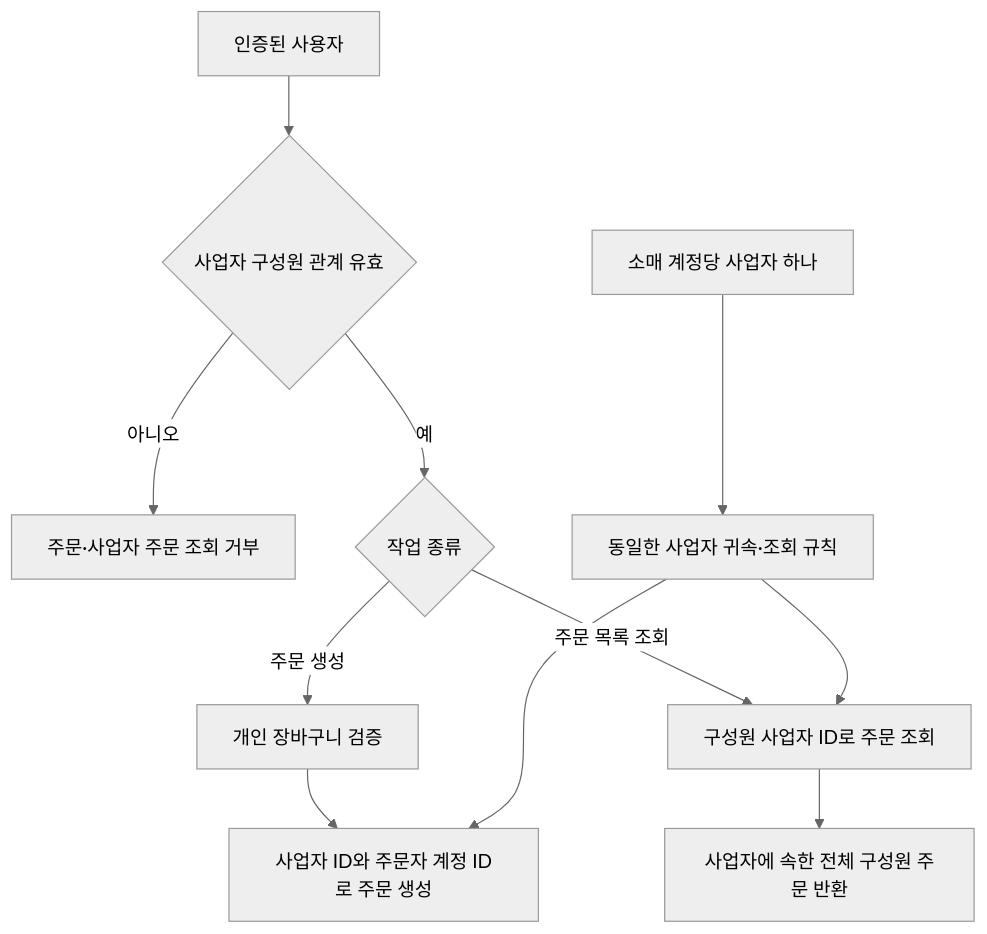
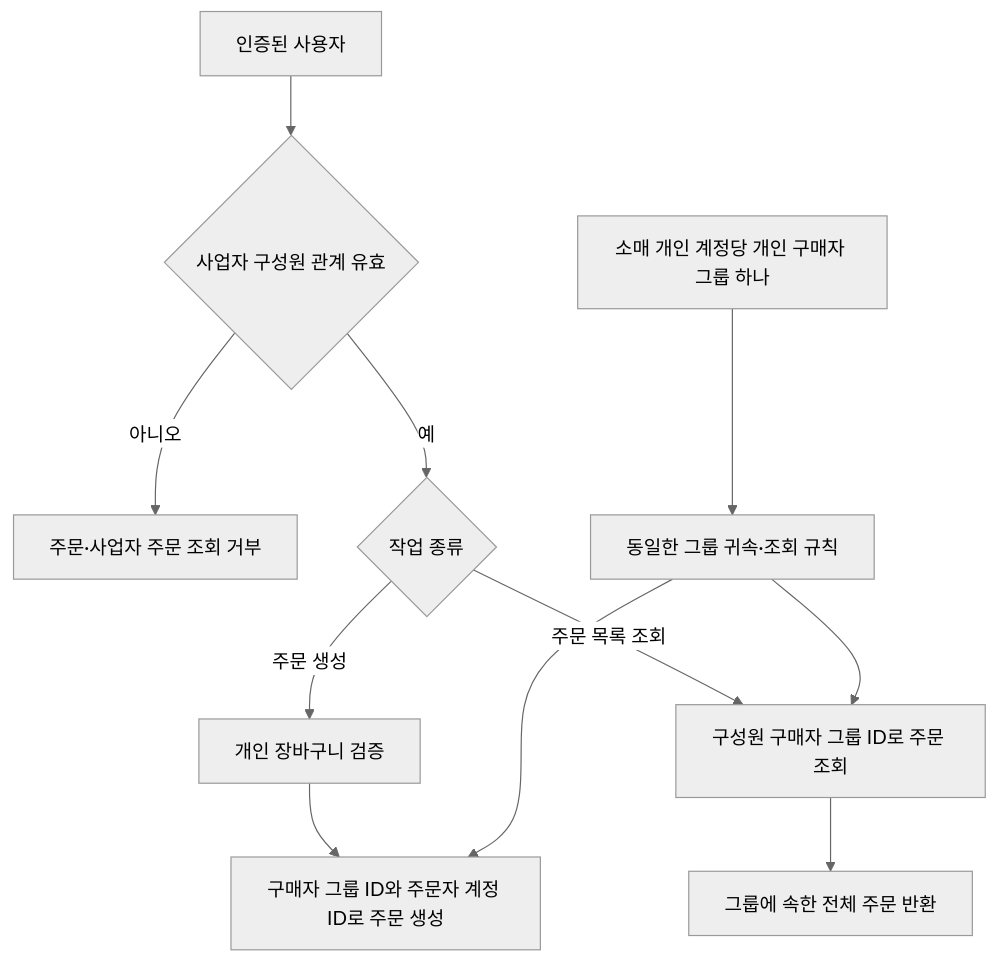
Before and after one commit to DongHyeonEom/umji-market-api: the third of 3 diagrams in docs/services/order.md, drawn with Mermaid (neutral theme). The commit also changed other lines of this file and 2 other files, not shown here.

Commit message:
docs: model unregistered wholesale buyer groups

````diff
--- a/docs/services/order.md
+++ b/docs/services/order.md
@@ -177,13 +178,13 @@
 ```mermaid
 flowchart TD
     USER[인증된 사용자] --> MEMBER{사업자 구성원 관계 유효}
     MEMBER -- 아니오 --> DENY[주문·사업자 주문 조회 거부]
     MEMBER -- 예 --> ACTION{작업 종류}
     ACTION -- 주문 생성 --> CART[개인 장바구니 검증]
-    CART --> ORDER[사업자 ID와 주문자 계정 ID로 주문 생성]
-    ACTION -- 주문 목록 조회 --> SCOPE[구성원 사업자 ID로 주문 조회]
-    SCOPE --> ALL[사업자에 속한 전체 구성원 주문 반환]
-    RETAIL[소매 계정당 사업자 하나] --> ORG[동일한 사업자 귀속·조회 규칙]
+    CART --> ORDER[구매자 그룹 ID와 주문자 계정 ID로 주문 생성]
+    ACTION -- 주문 목록 조회 --> SCOPE[구성원 구매자 그룹 ID로 주문 조회]
+    SCOPE --> ALL[그룹에 속한 전체 주문 반환]
+    RETAIL[소매 개인 계정당 개인 구매자 그룹 하나] --> ORG[동일한 그룹 귀속·조회 규칙]
     ORG --> ORDER
     ORG --> SCOPE
 ```
````
